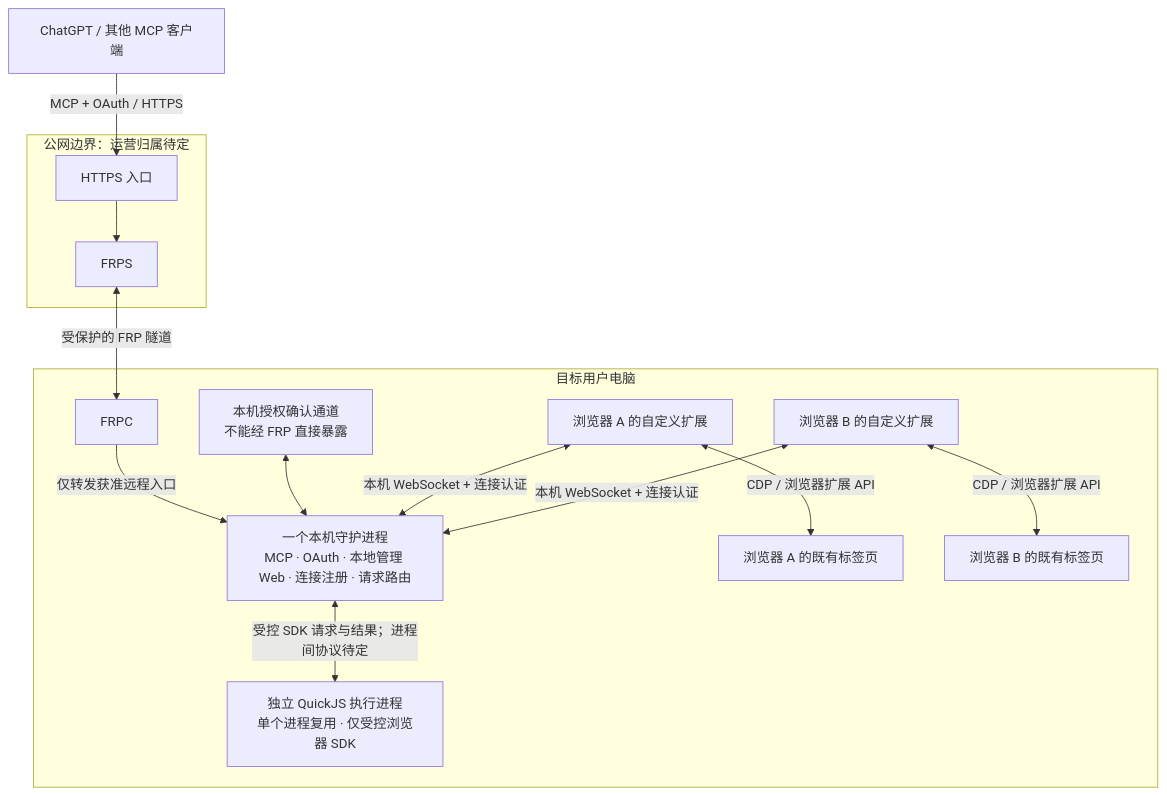
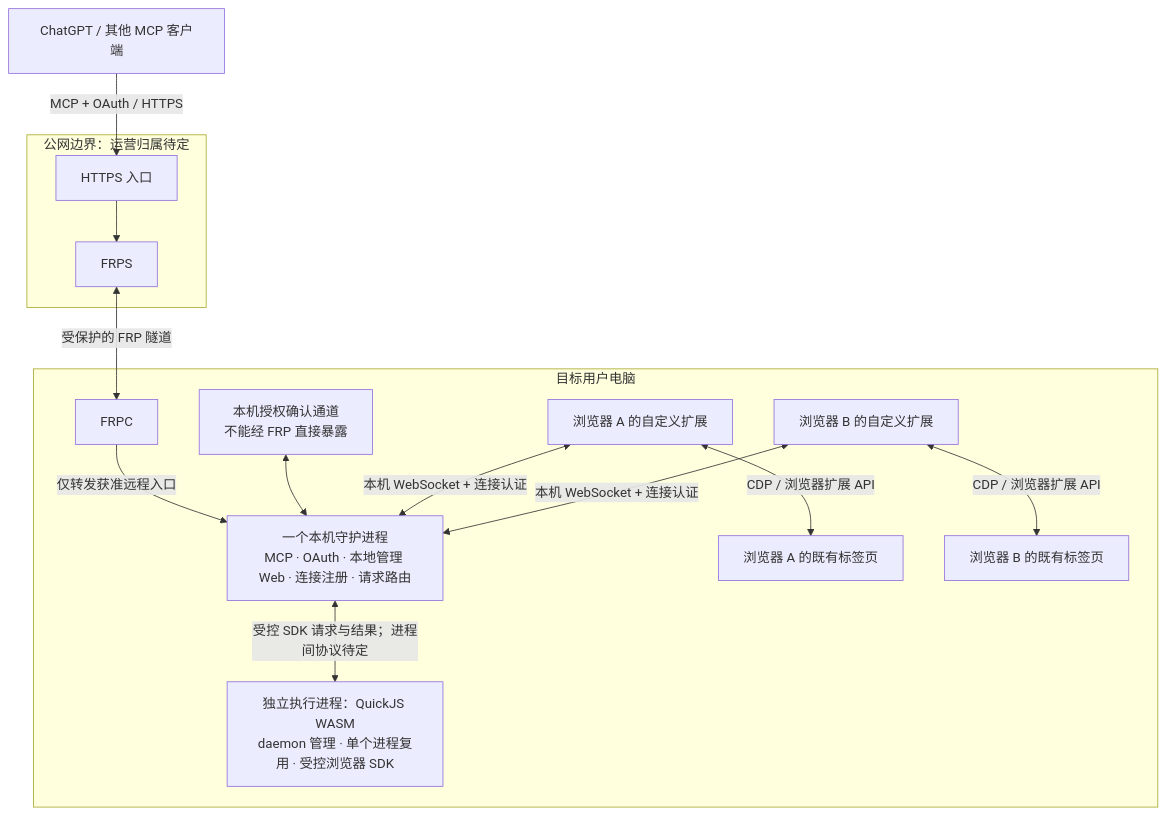
One commit to bYiyLi/Avru changed the diagram in docs/design.md. Above: the diagram before and after it, drawn with Mermaid. The commit also changed other lines of this file and 2 other files, not shown here.

Commit message:
docs: confirm QuickJS WASM in reusable isolated runner

````diff
--- a/docs/design.md
+++ b/docs/design.md
@@ -17,28 +17,28 @@
 ```mermaid
 flowchart TB
     AI["ChatGPT / 其他 MCP 客户端"]
     subgraph Public["公网边界：运营归属待定"]
         Entry["HTTPS 入口"]
         FRPS["FRPS"]
     end
     subgraph PC["目标用户电脑"]
         FRPC["FRPC"]
         Daemon["一个本机守护进程<br/>MCP · OAuth · 本地管理 Web · 连接注册 · 请求路由"]
-        Runner["独立 QuickJS 执行进程<br/>单个进程复用 · 仅受控浏览器 SDK"]
+        Runner["独立执行进程：QuickJS WASM<br/>daemon 管理 · 单个进程复用 · 受控浏览器 SDK"]
         LocalAuth["本机授权确认通道<br/>不能经 FRP 直接暴露"]
         ExtA["浏览器 A 的自定义扩展"]
         ExtB["浏览器 B 的自定义扩展"]
         TabsA["浏览器 A 的既有标签页"]
         TabsB["浏览器 B 的既有标签页"]
     end
     AI -->|"MCP + OAuth / HTTPS"| Entry
     Entry --> FRPS
     FRPS <-->|"受保护的 FRP 隧道"| FRPC
     FRPC -->|"仅转发获准远程入口"| Daemon
     LocalAuth <--> Daemon
     Daemon <-->|"受控 SDK 请求与结果；进程间协议待定"| Runner
     ExtA <-->|"本机 WebSocket + 连接认证"| Daemon
     ExtB <-->|"本机 WebSocket + 连接认证"| Daemon
     ExtA <-->|"CDP / 浏览器扩展 API"| TabsA
     ExtB <-->|"CDP / 浏览器扩展 API"| TabsB
 ```
````
